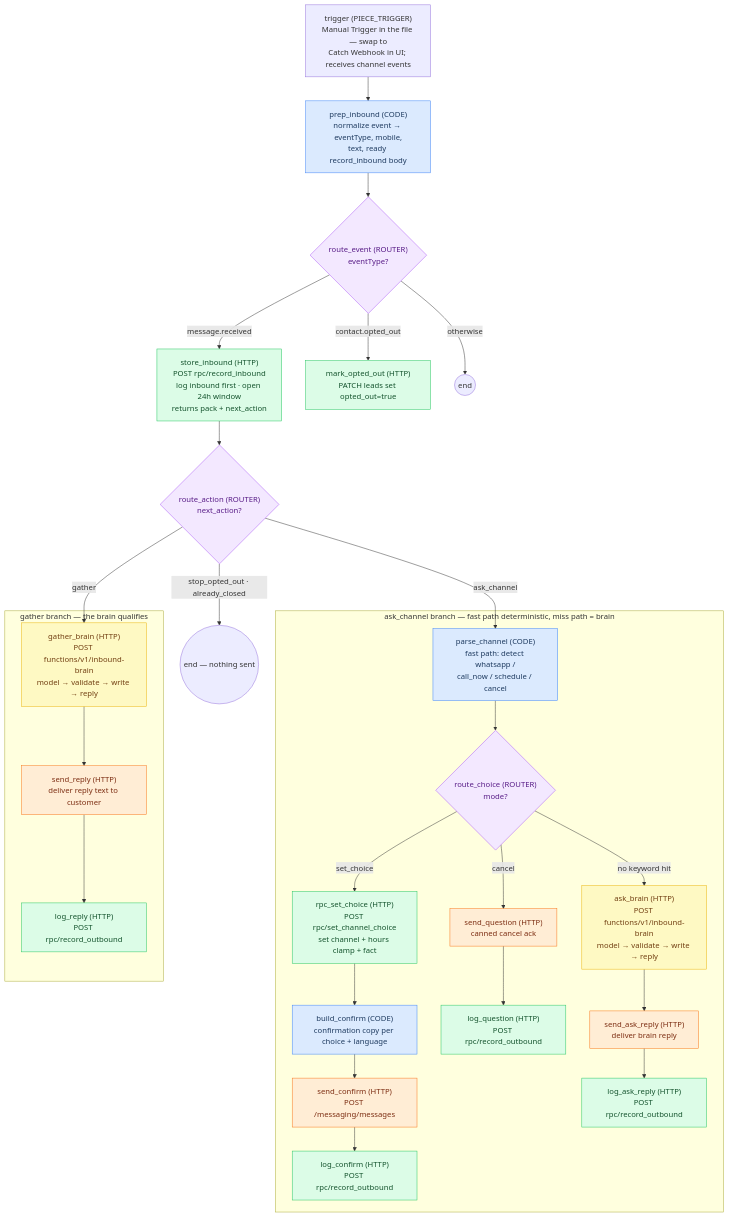
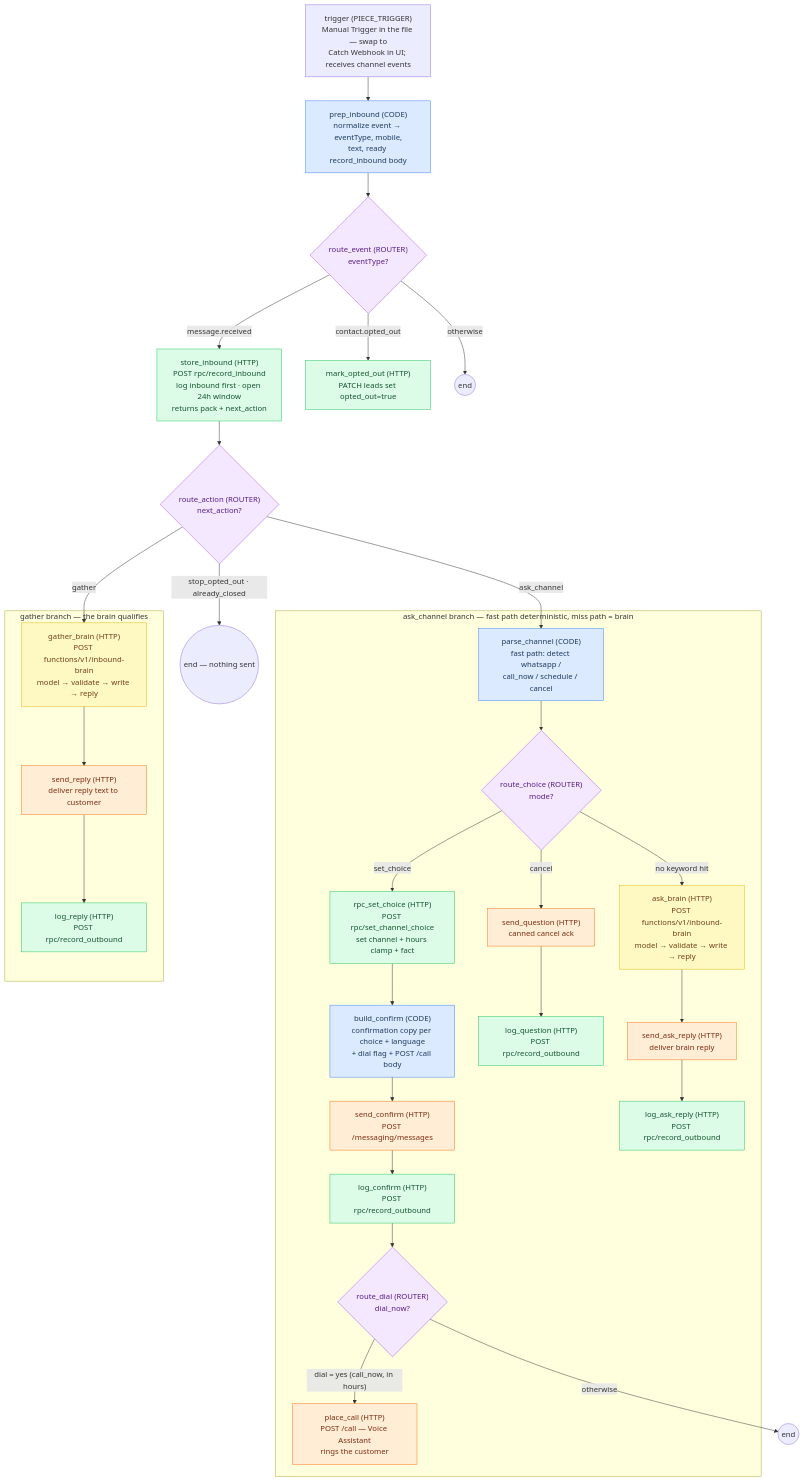
The diagram in flows/RECIPES.md (itsdula/amira), drawn with Mermaid before and after one commit. The commit also changed other lines of this file and 30 other files, not shown here.

````diff
--- a/flows/RECIPES.md
+++ b/flows/RECIPES.md
@@ -47,75 +52,79 @@
 ```mermaid
 flowchart TD
   %% trigger — imported as Manual Trigger (import rule), swapped to Catch Webhook in the UI.
   %% After the swap it receives every event the WhatsApp channel posts to its webhookUrl.
   trigger["trigger (PIECE_TRIGGER)<br/>Manual Trigger in the file — swap to<br/>Catch Webhook in UI; receives channel events"]
 
   %% prep_inbound — the ONLY node that reads the trigger. Dual input evt/evtAlt covers both
   %% payload ref shapes (trigger['body'] vs trigger['output']['body']); emits normalized fields.
   prep_inbound["prep_inbound (CODE)<br/>normalize event → eventType, mobile,<br/>text, ready record_inbound body"]
 
   %% route_event — deterministic switch on the platform eventType.
   route_event{"route_event (ROUTER)<br/>eventType?"}
 
   %% store_inbound — store contract: index the message BEFORE any model call.
   %% Appends messages row, opens the 24h window, returns lead pack + next_action.
   store_inbound["store_inbound (HTTP)<br/>POST rpc/record_inbound<br/>log inbound first · open 24h window<br/>returns pack + next_action"]
 
   %% route_action — branches on next_action computed by the store, not by a model.
   route_action{"route_action (ROUTER)<br/>next_action?"}
 
   %% mark_opted_out — platform said the contact opted out; mirror it in our store.
   mark_opted_out["mark_opted_out (HTTP)<br/>PATCH leads set opted_out=true"]
 
   subgraph ask ["ask_channel branch — fast path deterministic, miss path = brain"]
     %% parse_channel — fast path: channel choice via 1/2/3, AR/EN/Arabizi keywords, cancel
     %% words. No match → the brain handles it semantically.
     parse_channel["parse_channel (CODE)<br/>fast path: detect whatsapp /<br/>call_now / schedule / cancel"]
     route_choice{"route_choice (ROUTER)<br/>mode?"}
     %% rpc_set_choice — transactional: lead channel/status/preferred_call_at (clamped to
     %% 09:00–21:00 Riyadh), preferred_channel fact, channel step_context, system message.
     rpc_set_choice["rpc_set_choice (HTTP)<br/>POST rpc/set_channel_choice<br/>set channel + hours clamp + fact"]
     %% build_confirm — confirmation copy per choice + language; call_window from the RPC
     %% picks the outside-hours variant.
-    build_confirm["build_confirm (CODE)<br/>confirmation copy per choice + language"]
+    build_confirm["build_confirm (CODE)<br/>confirmation copy per choice + language<br/>+ dial flag + POST /call body"]
     send_confirm["send_confirm (HTTP)<br/>POST /messaging/messages"]
     log_confirm["log_confirm (HTTP)<br/>POST rpc/record_outbound"]
+    route_dial{"route_dial (ROUTER)<br/>dial_now?"}
+    place_call["place_call (HTTP)<br/>POST /call — Voice Assistant<br/>rings the customer"]
     send_question["send_question (HTTP)<br/>canned cancel ack"]
     log_question["log_question (HTTP)<br/>POST rpc/record_outbound"]
     %% ask_brain — inbound-brain Edge Function: model → validate → write → reply.
     %% Handles off-topic, essays, implied choices, opt-out intent the regex missed.
     ask_brain["ask_brain (HTTP)<br/>POST functions/v1/inbound-brain<br/>model → validate → write → reply"]
     send_ask_reply["send_ask_reply (HTTP)<br/>deliver brain reply"]
     log_ask_reply["log_ask_reply (HTTP)<br/>POST rpc/record_outbound"]
   end
 
   subgraph gather ["gather branch — the brain qualifies"]
     %% gather_brain — same Edge Function, gather mode: asks the next uncovered fact,
     %% writes facts/step context via validated actions before replying.
     gather_brain["gather_brain (HTTP)<br/>POST functions/v1/inbound-brain<br/>model → validate → write → reply"]
     send_reply["send_reply (HTTP)<br/>deliver reply text to customer"]
     log_reply["log_reply (HTTP)<br/>POST rpc/record_outbound"]
   end
 
   trigger --> prep_inbound --> route_event
   route_event -->|"message.received"| store_inbound --> route_action
   route_event -->|"contact.opted_out"| mark_opted_out
   route_event -->|"otherwise"| endA((end))
   route_action -->|"ask_channel"| parse_channel --> route_choice
   route_action -->|"gather"| gather_brain --> send_reply --> log_reply
   route_action -->|"stop_opted_out · already_closed"| endB((end — nothing sent))
-  route_choice -->|"set_choice"| rpc_set_choice --> build_confirm --> send_confirm --> log_confirm
+  route_choice -->|"set_choice"| rpc_set_choice --> build_confirm --> send_confirm --> log_confirm --> route_dial
+  route_dial -->|"dial = yes (call_now, in hours)"| place_call
+  route_dial -->|"otherwise"| endC((end))
   route_choice -->|"cancel"| send_question --> log_question
   route_choice -->|"no keyword hit"| ask_brain --> send_ask_reply --> log_ask_reply
 
   classDef codeN fill:#dbeafe,stroke:#3b82f6,color:#1e3a5f;
   classDef storeN fill:#dcfce7,stroke:#22c55e,color:#14532d;
   classDef sendN fill:#ffedd5,stroke:#f97316,color:#7c2d12;
   classDef routerN fill:#f3e8ff,stroke:#a855f7,color:#581c87;
   classDef brainN fill:#fef9c3,stroke:#eab308,color:#713f12;
   class prep_inbound,parse_channel,build_confirm codeN;
   class store_inbound,rpc_set_choice,log_confirm,log_question,log_reply,log_ask_reply,mark_opted_out storeN;
-  class send_confirm,send_question,send_reply,send_ask_reply sendN;
-  class route_event,route_action,route_choice routerN;
+  class send_confirm,send_question,send_reply,send_ask_reply,place_call sendN;
+  class route_event,route_action,route_choice,route_dial routerN;
   class ask_brain,gather_brain brainN;
 ```
````
